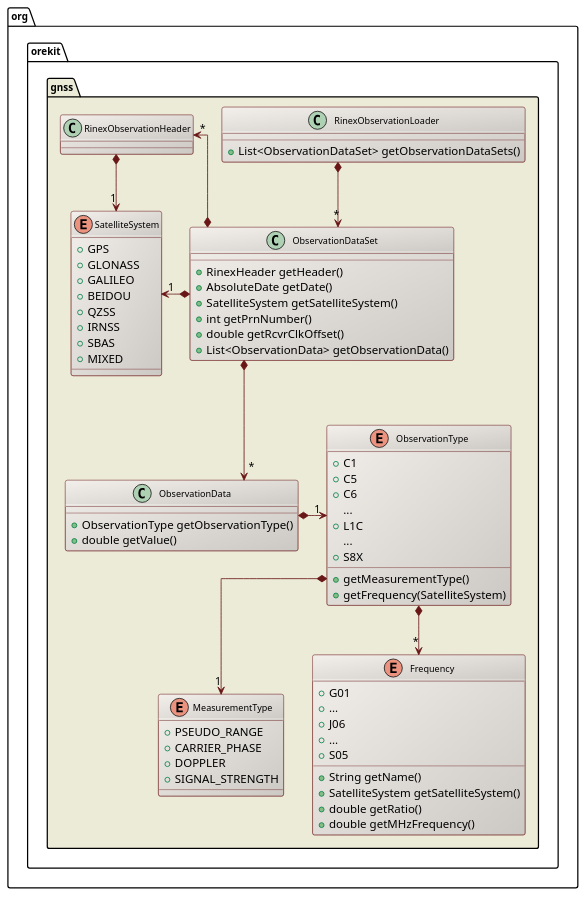
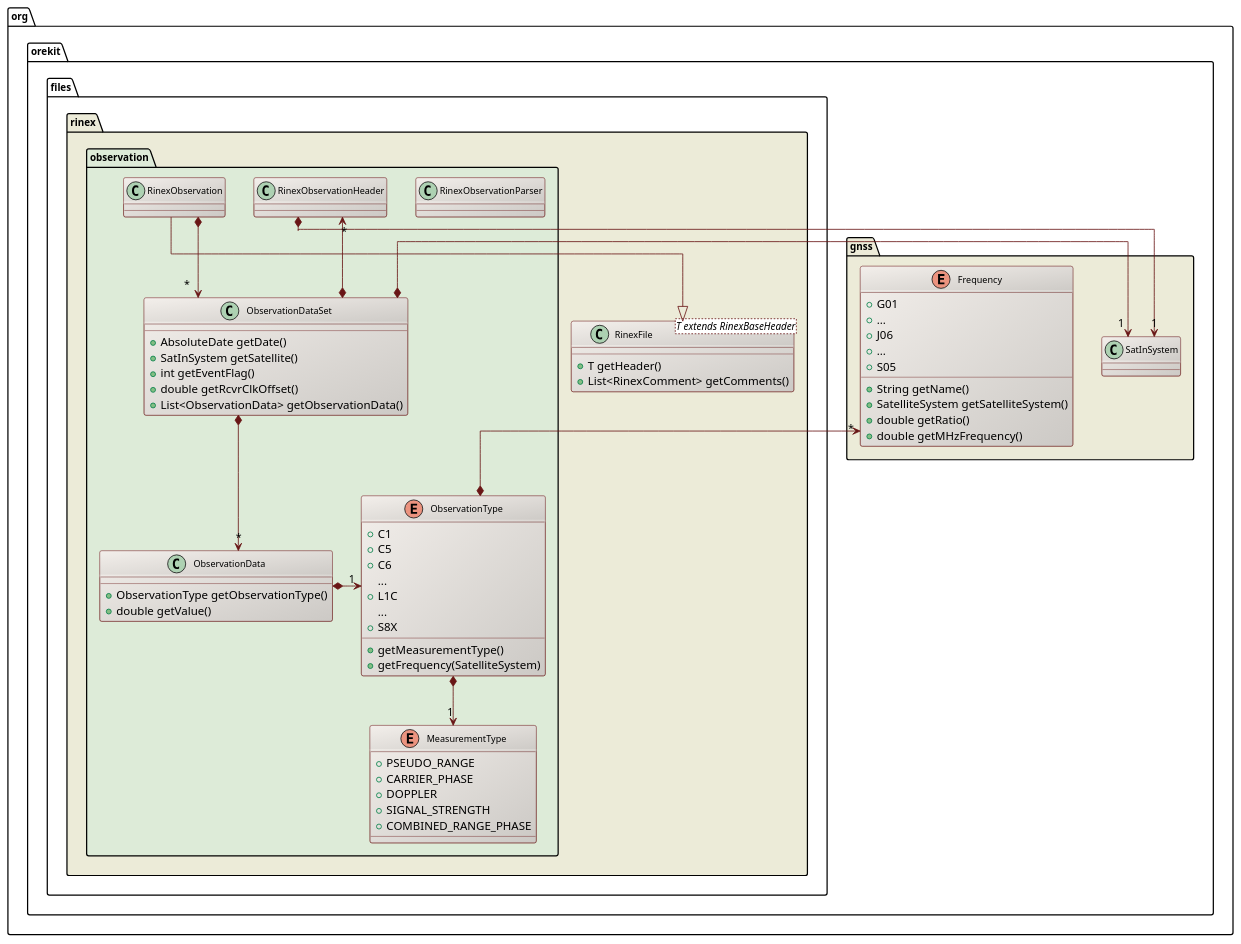
One commit to CS-SI/Orekit changed the diagram in src/design/gnss-rinex-class-diagram.puml. Above: the diagram before and after it, drawn with PlantUML. The commit also changed 135 other files, not shown here.

First line of the commit message:
Moved Rinex parsing/writing into files package.

```diff
--- a/src/design/gnss-rinex-class-diagram.puml
+++ b/src/design/gnss-rinex-class-diagram.puml
@@ -17,86 +17,88 @@
 @startuml
 
   skinparam svek                  true
   skinparam ClassBackgroundColor  #F3EFEB/CCC9C5
   skinparam ClassArrowColor       #691616
   skinparam ClassBorderColor      #691616
   skinparam NoteBackgroundColor   #F3EFEB
   skinparam NoteBorderColor       #691616
   skinparam NoteFontColor         #691616
   skinparam ClassFontSize         11
   skinparam PackageFontSize       12
   skinparam linetype              ortho
 
   package org.orekit.gnss #ECEBD8 {
-
-    class RinexObservationLoader {
-      +List<ObservationDataSet> getObservationDataSets()
-    }
-
-    enum SatelliteSystem {
-      +GPS
-      +GLONASS
-      +GALILEO
-      +BEIDOU
-      +QZSS
-      +IRNSS
-      +SBAS
-      +MIXED
-    }
-
-    enum ObservationType {
-      +C1
-      +C5
-      +C6
-      ...
-      +L1C
-      ...
-      +S8X
-      +getMeasurementType()
-      +getFrequency(SatelliteSystem)
-    }
-
-    enum MeasurementType {
-      +PSEUDO_RANGE
-      +CARRIER_PHASE
-      +DOPPLER
-      +SIGNAL_STRENGTH
-    }
-
+    class SatInSystem
+    
     enum Frequency {
       +G01
       +...
       +J06
       +...
       +S05
       +String getName()
       +SatelliteSystem getSatelliteSystem()
       +double getRatio()
       +double getMHzFrequency()
     }
+  }
 
-    class ObservationData {
-      +ObservationType getObservationType()
-      +double getValue()
+  package org.orekit.files.rinex #ECEBD8 {
+  
+    class "RinexFile<T extends RinexBaseHeader>" as RinexFile {
+      +T getHeader()
+      +List<RinexComment> getComments()
     }
 
-    class ObservationDataSet {
-      +RinexHeader getHeader()
-      +AbsoluteDate getDate()
-      +SatelliteSystem getSatelliteSystem()
-      +int getPrnNumber()
-      +double getRcvrClkOffset()
-      +List<ObservationData> getObservationData()
+    package observation #DDEBD8 {
+
+      class RinexObservationParser
+
+      enum ObservationType {
+        +C1
+        +C5
+        +C6
+        ...
+        +L1C
+        ...
+        +S8X
+        +getMeasurementType()
+        +getFrequency(SatelliteSystem)
+      }
+      
+      enum MeasurementType {
+        +PSEUDO_RANGE
+        +CARRIER_PHASE
+        +DOPPLER
+        +SIGNAL_STRENGTH
+        +COMBINED_RANGE_PHASE
+      }
+
+      class ObservationData {
+        +ObservationType getObservationType()
+        +double getValue()
+      }
+      
+      class ObservationDataSet {
+        +AbsoluteDate getDate()
+        +SatInSystem getSatellite()
+        +int getEventFlag()
+        +double getRcvrClkOffset()
+        +List<ObservationData> getObservationData()
+      }
+
+      ObservationDataSet         *-left-> "1" SatInSystem
+      RinexObservationHeader     *-->     "1" SatInSystem
+      RinexObservationHeader "*" <--*         ObservationDataSet
+      RinexObservation           *-->     "*" ObservationDataSet
+      ObservationDataSet         *-->     "*" ObservationData
+      ObservationType        "1" <-left-*     ObservationData
+      ObservationType            *-->     "1" MeasurementType
+      ObservationType            *-->     "*" Frequency
+      RinexObservation           --|>         RinexFile
+
     }
 
-    ObservationDataSet         *-left-> "1" SatelliteSystem
-    RinexObservationHeader     *-->     "1" SatelliteSystem
-    RinexObservationHeader "*" <--*         ObservationDataSet
-    RinexObservationLoader     *-->     "*" ObservationDataSet
-    ObservationDataSet         *-->     "*" ObservationData
-    ObservationType        "1" <-left-*     ObservationData
-    ObservationType            *-->     "1" MeasurementType
-    ObservationType            *-->     "*" Frequency
   }
 
 @enduml
```
